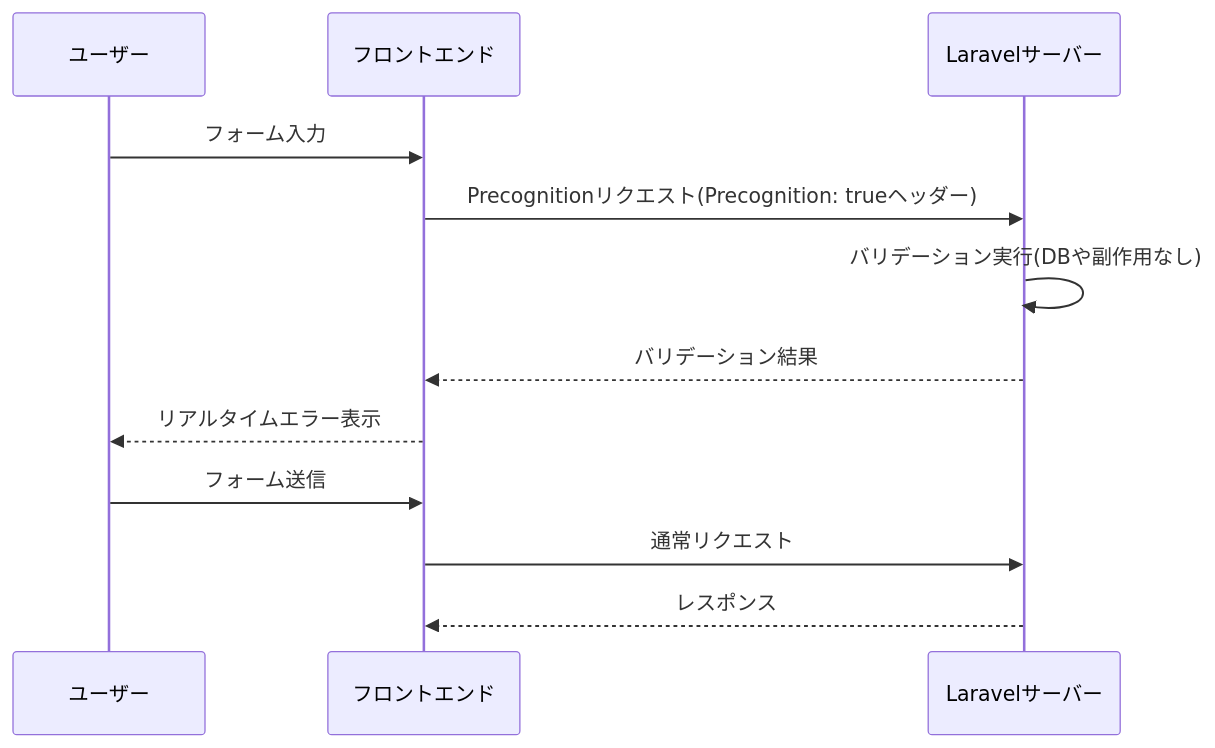
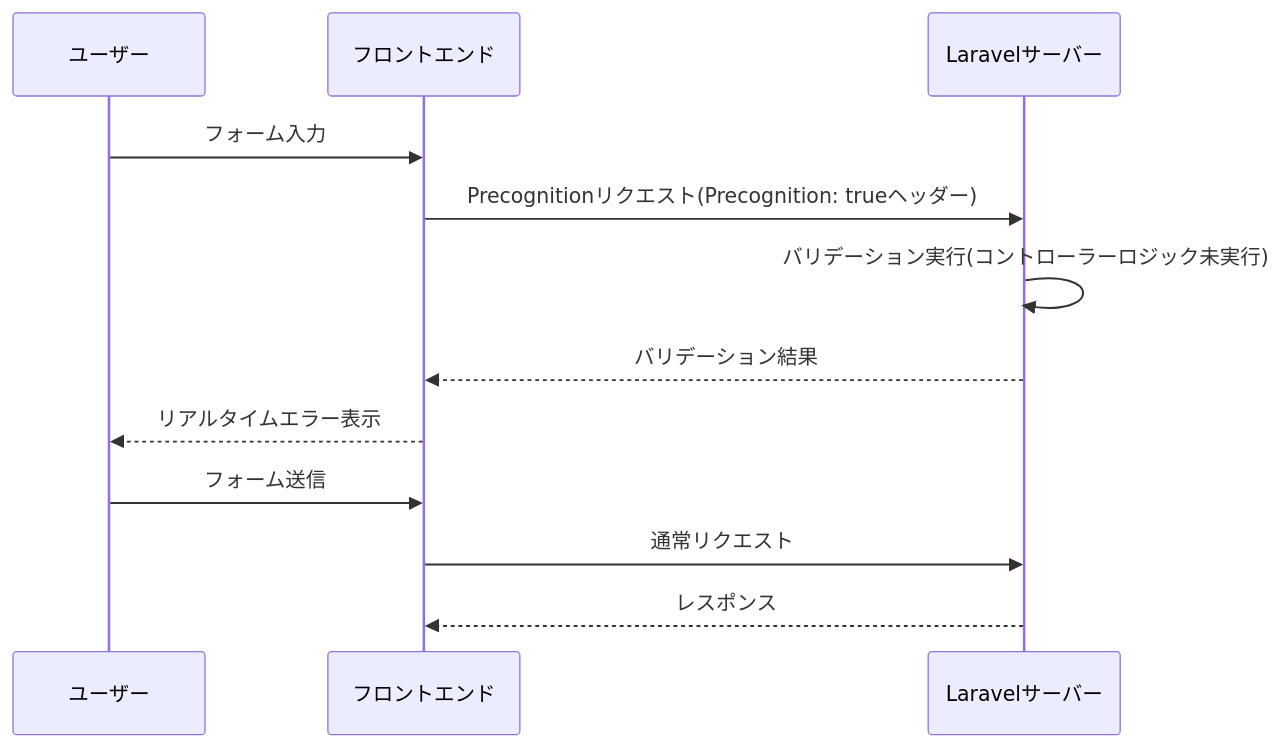
Before and after one commit to kawax/mintlify-docs: the diagram in jp/precognition.mdx, drawn with Mermaid. The commit also changed other lines of this file, not shown here.

````diff
--- a/jp/precognition.mdx
+++ b/jp/precognition.mdx
@@ -176,15 +180,15 @@
 ```mermaid
 sequenceDiagram
     participant User as ユーザー
     participant Frontend as フロントエンド
     participant Server as Laravelサーバー
 
     User->>Frontend: フォーム入力
     Frontend->>Server: Precognitionリクエスト(Precognition: trueヘッダー)
-    Server->>Server: バリデーション実行(DBや副作用なし)
+    Server->>Server: バリデーション実行(コントローラーロジック未実行)
     Server-->>Frontend: バリデーション結果
     Frontend-->>User: リアルタイムエラー表示
     User->>Frontend: フォーム送信
     Frontend->>Server: 通常リクエスト
     Server-->>Frontend: レスポンス
 ```
````
